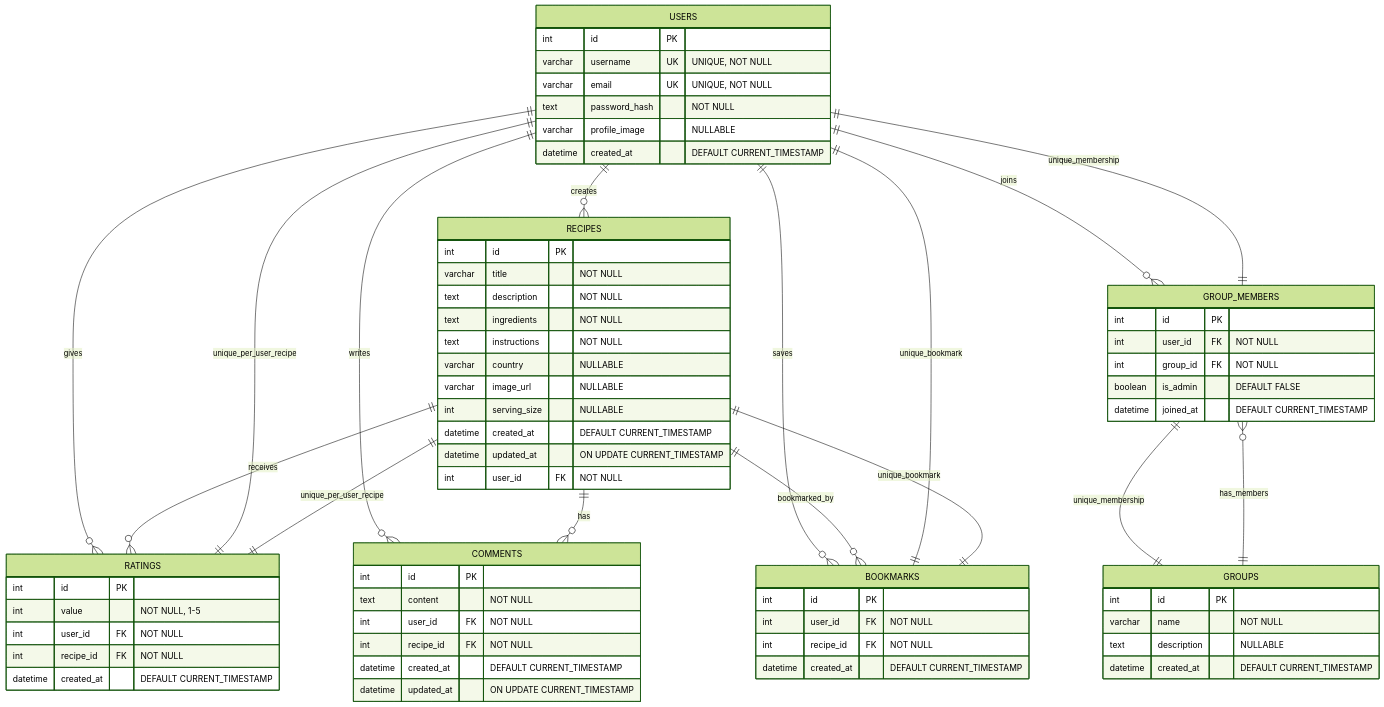
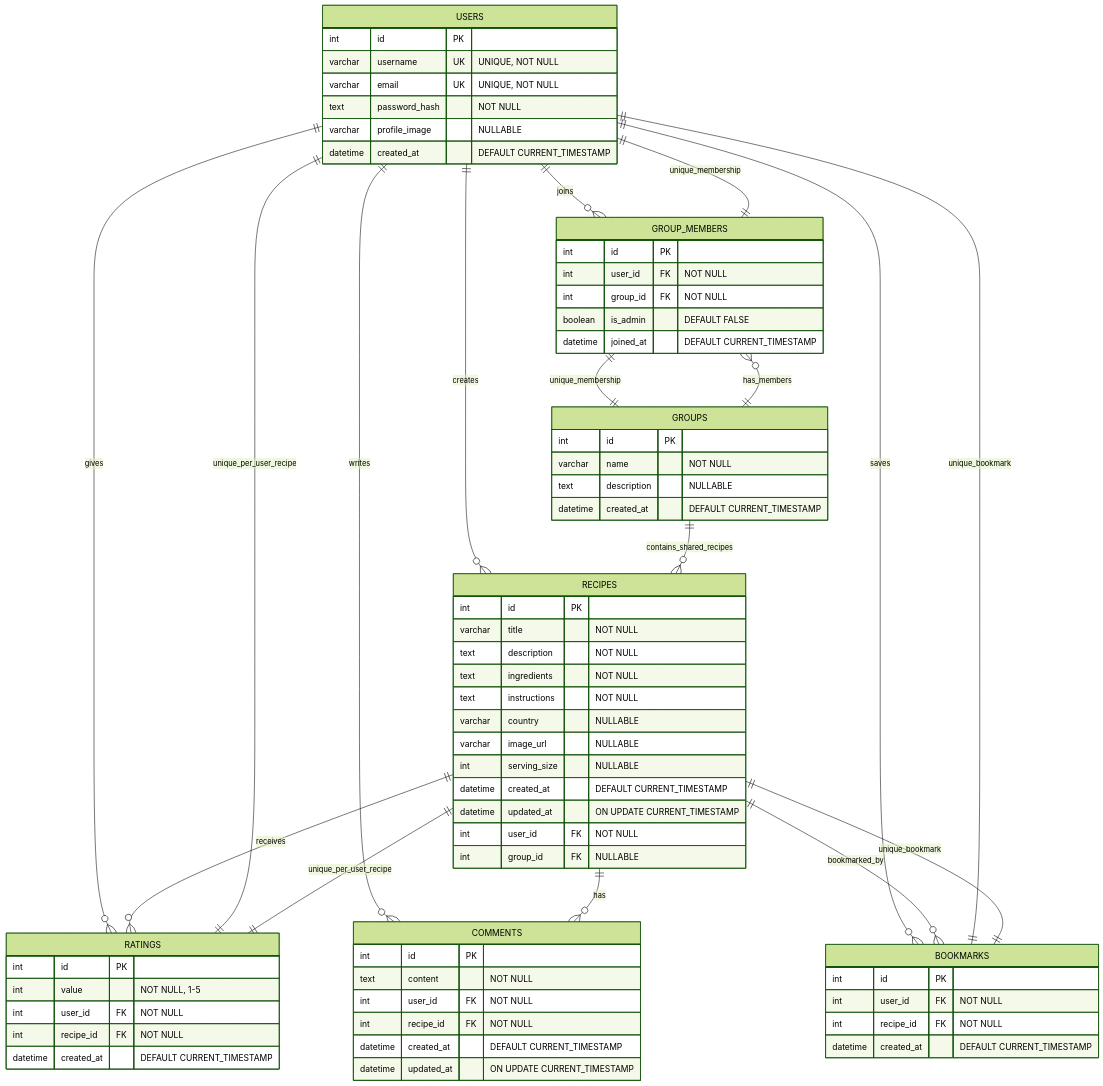
Before and after one commit to olella93/back-end-recipe-room-phase-5: the diagram in ERD_Visual.md, drawn with Mermaid (forest theme). The commit also changed other lines of this file and 14 other files, not shown here.

```diff
--- a/ERD_Visual.md
+++ b/ERD_Visual.md
@@ -21,6 +21,7 @@
         datetime created_at "DEFAULT CURRENT_TIMESTAMP"
         datetime updated_at "ON UPDATE CURRENT_TIMESTAMP"
         int user_id FK "NOT NULL"
+        int group_id FK "NULLABLE"
     }
 
     RATINGS {
@@ -70,6 +71,7 @@
     %% Partial Relationships (Models exist)
     USERS ||--o{ GROUP_MEMBERS : "joins"
     GROUPS ||--o{ GROUP_MEMBERS : "has_members"
+    GROUPS ||--o{ RECIPES : "contains_shared_recipes"
     
     %% Planned Relationships (Not yet implemented)
     USERS ||--o{ COMMENTS : "writes"
```
